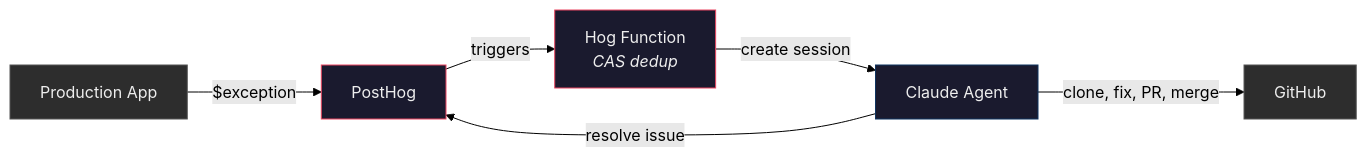
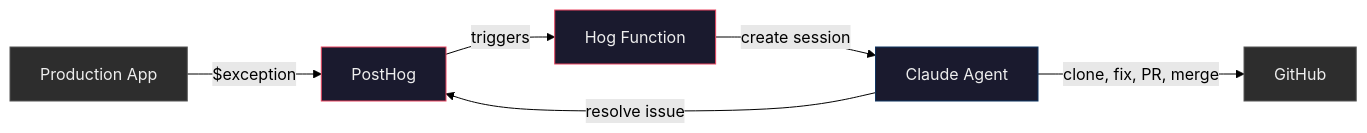
Before and after one commit to MattBro/posthog-bugfix-agent: the first of 2 diagrams in talk/1-architecture.md, drawn with Mermaid (forest theme).

Commit message:
Remove CAS dedup label from architecture diagram

````diff
--- a/talk/1-architecture.md
+++ b/talk/1-architecture.md
@@ -17,14 +17,14 @@
 ```mermaid
 flowchart LR
     A["Production App"] -- "$exception" --> B["PostHog"]
-    B -- "triggers" --> C["Hog Function<br/><i>CAS dedup</i>"]
+    B -- "triggers" --> C["Hog Function"]
     C -- "create session" --> D["Claude Agent"]
     D -- "clone, fix, PR, merge" --> E["GitHub"]
     D -- "resolve issue" --> B
 
     style A fill:#2d2d2d,stroke:#555,color:#eee
     style B fill:#1a1a2e,stroke:#e94560,color:#eee
     style C fill:#1a1a2e,stroke:#e94560,color:#eee
     style D fill:#1a1a2e,stroke:#0f3460,color:#eee
     style E fill:#2d2d2d,stroke:#555,color:#eee
 ```
````
